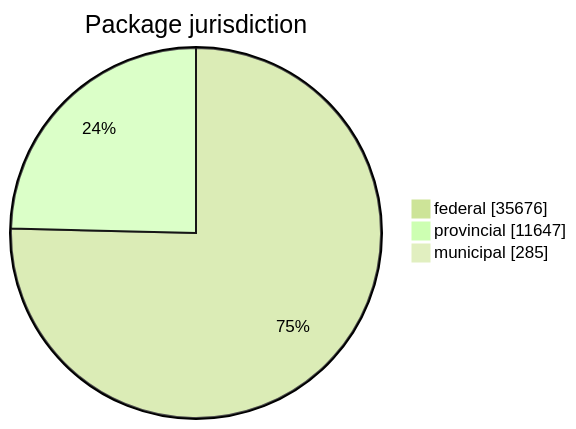
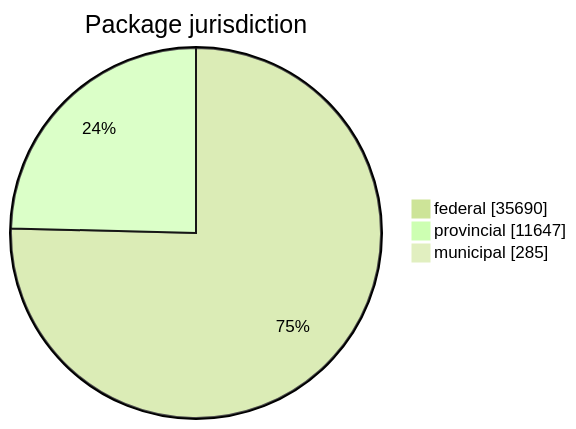
Before and after one commit to open-data/analytics-corporate-reporting: the first of 5 diagrams in FreshCheck/README.md, drawn with Mermaid (forest theme). The commit also changed other lines of this file and 3 other files, not shown here.

````diff
--- a/FreshCheck/README.md
+++ b/FreshCheck/README.md
@@ -60,6 +60,6 @@
 ```mermaid
 pie showData title Package jurisdiction
-    "federal": 35676
+    "federal": 35690
     "provincial": 11647
     "municipal": 285
 ```
````
